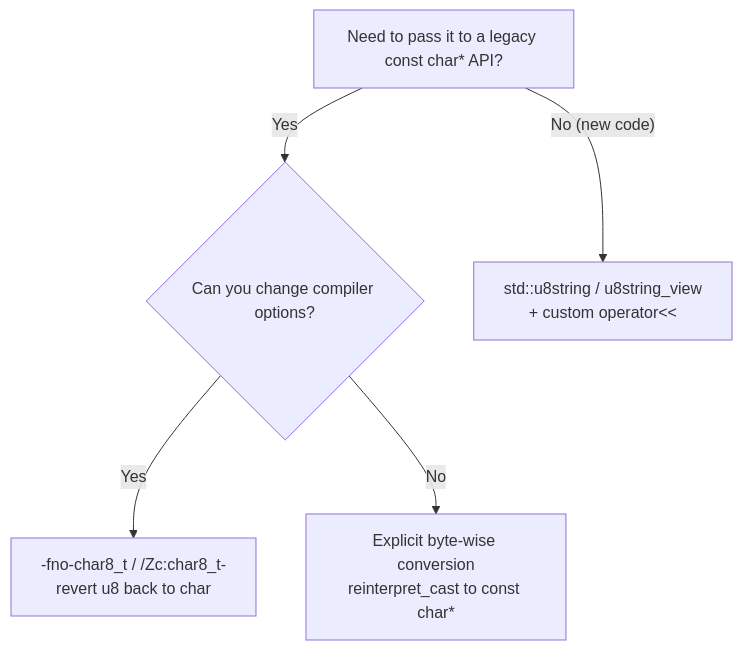
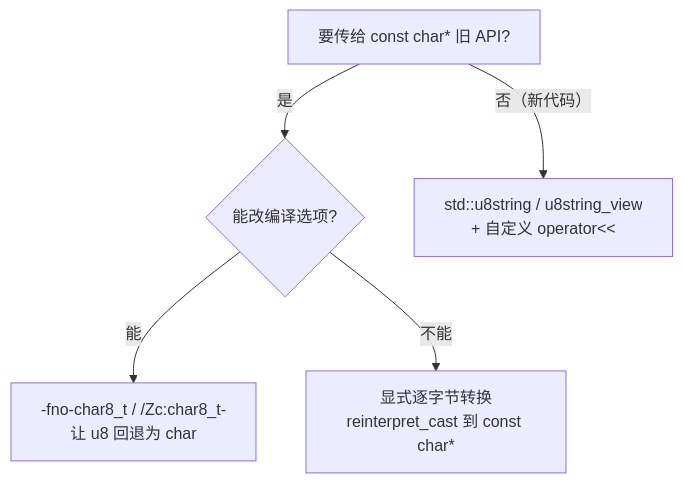
The diagram in documents/en/vol3-standard-library/strings/30-char8-t-utf8.md (Awesome-Embedded-Learning-Studio/Tutorial_AwesomeModernCPP), drawn with Mermaid before and after one commit. The commit also changed other lines of this file and 749 other files, not shown here.

````diff
--- a/documents/en/vol3-standard-library/strings/30-char8-t-utf8.md
+++ b/documents/en/vol3-standard-library/strings/30-char8-t-utf8.md
@@ -52,7 +52,7 @@
 ```mermaid
 flowchart TD
-    Q["Need to pass it to a legacy const char* API?"] -- "Yes" --> OPT1{"Can you change compiler options?"}
-    OPT1 -- "Yes" --> A["-fno-char8_t / /Zc:char8_t-<br/>revert u8 back to char"]
-    OPT1 -- "No" --> B["Explicit byte-wise conversion<br/>reinterpret_cast to const char*"]
-    Q -- "No (new code)" --> C["std::u8string / u8string_view<br/>+ custom operator<<"]
+    Q["要传给 const char* 旧 API?"] -- "是" --> OPT1{"能改编译选项?"}
+    OPT1 -- "能" --> A["-fno-char8_t / /Zc:char8_t-<br/>让 u8 回退为 char"]
+    OPT1 -- "不能" --> B["显式逐字节转换<br/>reinterpret_cast 到 const char*"]
+    Q -- "否（新代码）" --> C["std::u8string / u8string_view<br/>+ 自定义 operator<<"]
 ```
````
